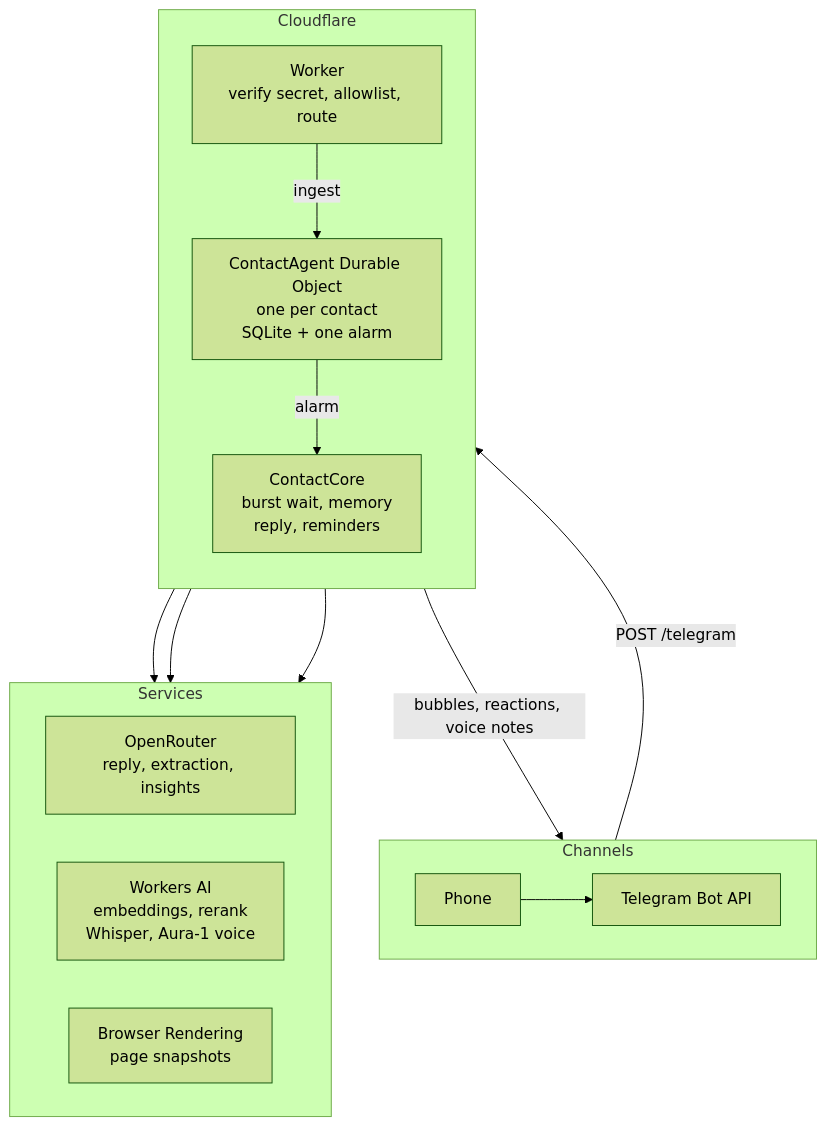
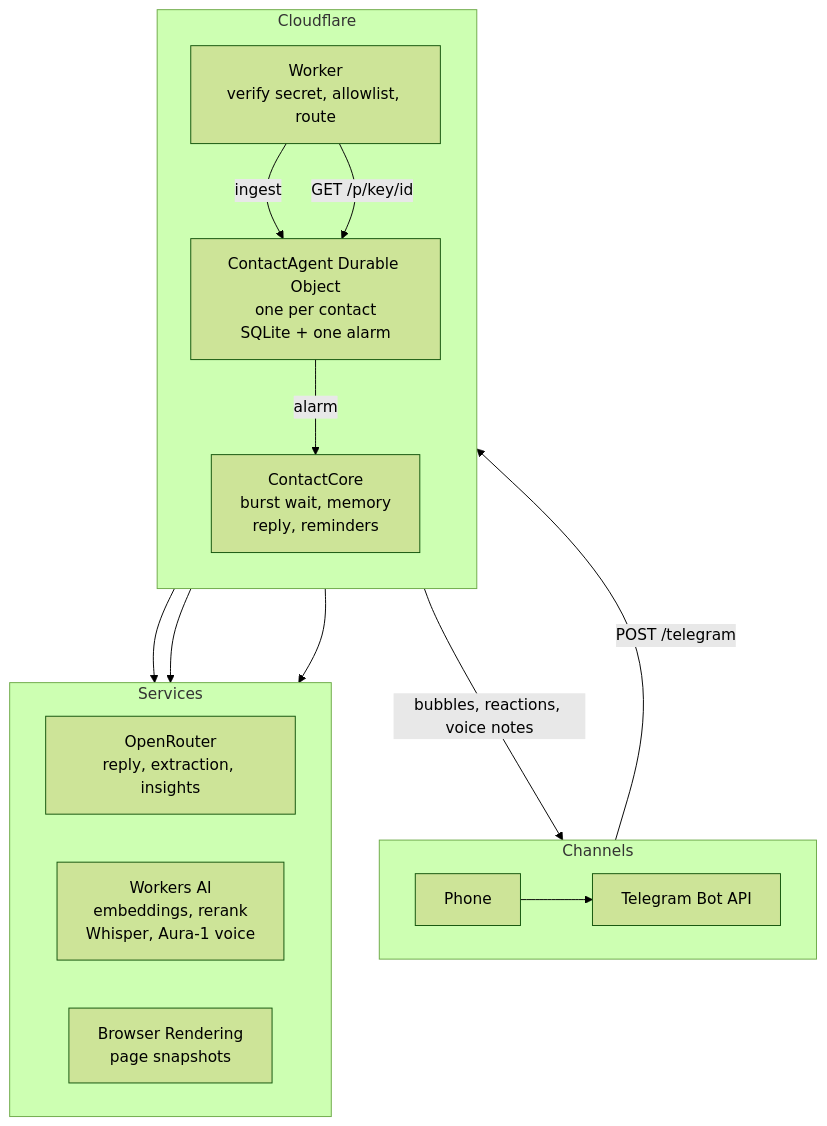
One commit to aldaonggar/wapp-agent changed the diagram in README.md. Above: the diagram before and after it, drawn with Mermaid (forest theme). The commit also changed other lines of this file and 26 other files, not shown here.

````diff
--- a/README.md
+++ b/README.md
@@ -40,25 +43,26 @@
 ```mermaid
 flowchart TB
   subgraph Channels
     direction LR
     P[Phone] --> T[Telegram Bot API]
   end
   subgraph Cloudflare
     direction TB
     W["Worker<br/>verify secret, allowlist, route"]
     D["ContactAgent Durable Object<br/>one per contact<br/>SQLite + one alarm"]
     C["ContactCore<br/>burst wait, memory<br/>reply, reminders"]
     W -->|ingest| D -->|alarm| C
   end
   subgraph Services
     direction LR
     O["OpenRouter<br/>reply, extraction, insights"]
     A["Workers AI<br/>embeddings, rerank<br/>Whisper, Aura-1 voice"]
     B["Browser Rendering<br/>page snapshots"]
   end
+  W -->|GET /p/key/id| D
   T -->|POST /telegram| W
   C --> O
   C --> A
   C --> B
   C -->|bubbles, reactions, voice notes| Channels
 ```
````
